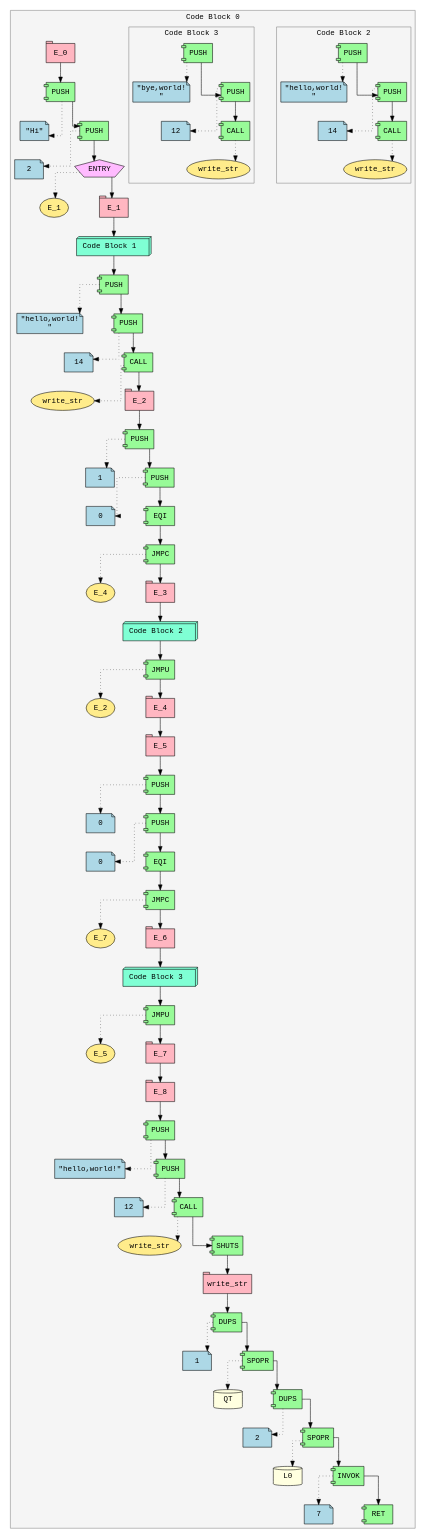
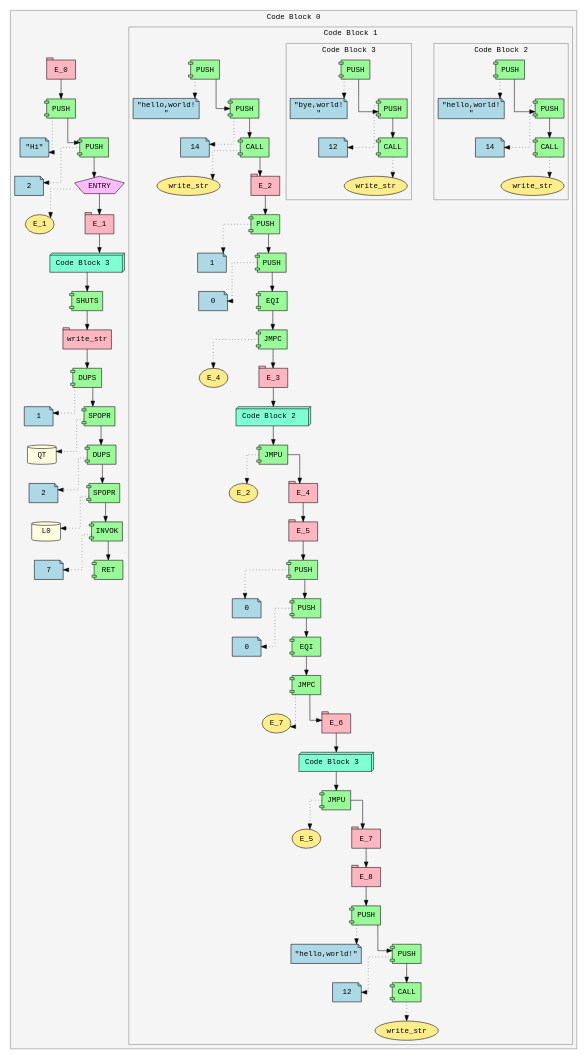
One commit to Soham-Metha/IICT_Segfault_2025 changed the diagram in ir.dot. Above: the diagram before and after it, drawn with Graphviz. The commit also changed 2 other files, not shown here.

```diff
--- a/ir.dot
+++ b/ir.dot
@@ -1,176 +1,175 @@
 digraph ir {
 splines=ortho;
 nodesep=0.8;
 ranksep=0.5;
 subgraph cluster_0 {
 label="Code Block 0 ";
 style=filled;
 color=gray;
 fillcolor=whitesmoke;
 fontname="Courier";
 Expr_1 [shape=tab style=filled fillcolor=lightpink fontname="Courier" label="E_0"]
 Expr_2 [shape=component style=filled fillcolor=palegreen fontname="Courier" label="PUSH"]
 Expr_3 [shape=note style=filled fillcolor=lightblue fontname="Courier" label="\"Hi\""]
 Expr_2 -> Expr_3 [style=dotted]
 Expr_1 -> Expr_2;
 Expr_4 [shape=component style=filled fillcolor=palegreen fontname="Courier" label="PUSH"]
 Expr_5 [shape=note style=filled fillcolor=lightblue fontname="Courier" label="2"]
 Expr_4 -> Expr_5 [style=dotted]
 Expr_2 -> Expr_4;
 Expr_6 [shape=pentagon style=filled fillcolor=plum1 fontname="Courier" label="ENTRY"]
 Expr_7 [shape=ellipse style=filled fillcolor=lightgoldenrod1 fontname="Courier" label="E_1"]
 Expr_6 -> Expr_7 [style=dotted]
 Expr_4 -> Expr_6;
 Expr_8 [shape=tab style=filled fillcolor=lightpink fontname="Courier" label="E_1"]
 Expr_6 -> Expr_8;
 subgraph cluster_9 {
 label="Code Block 1 ";
 style=filled;
 color=gray;
 fillcolor=whitesmoke;
 fontname="Courier";
-}
-Expr_9 [shape=box3d style=filled fillcolor=aquamarine fontname="Courier" label=" Code Block 1  "]
-Expr_8 -> Expr_9;
 Expr_10 [shape=component style=filled fillcolor=palegreen fontname="Courier" label="PUSH"]
 Expr_11 [shape=note style=filled fillcolor=lightblue fontname="Courier" label="\"hello,world!\n\""]
 Expr_10 -> Expr_11 [style=dotted]
-Expr_9 -> Expr_10;
 Expr_12 [shape=component style=filled fillcolor=palegreen fontname="Courier" label="PUSH"]
 Expr_13 [shape=note style=filled fillcolor=lightblue fontname="Courier" label="14"]
 Expr_12 -> Expr_13 [style=dotted]
 Expr_10 -> Expr_12;
 Expr_14 [shape=component style=filled fillcolor=palegreen fontname="Courier" label="CALL"]
 Expr_15 [shape=ellipse style=filled fillcolor=lightgoldenrod1 fontname="Courier" label="write_str"]
 Expr_14 -> Expr_15 [style=dotted]
 Expr_12 -> Expr_14;
 Expr_16 [shape=tab style=filled fillcolor=lightpink fontname="Courier" label="E_2"]
 Expr_14 -> Expr_16;
 Expr_17 [shape=component style=filled fillcolor=palegreen fontname="Courier" label="PUSH"]
 Expr_18 [shape=note style=filled fillcolor=lightblue fontname="Courier" label="1"]
 Expr_17 -> Expr_18 [style=dotted]
 Expr_16 -> Expr_17;
 Expr_19 [shape=component style=filled fillcolor=palegreen fontname="Courier" label="PUSH"]
 Expr_20 [shape=note style=filled fillcolor=lightblue fontname="Courier" label="0"]
 Expr_19 -> Expr_20 [style=dotted]
 Expr_17 -> Expr_19;
 Expr_21 [shape=component style=filled fillcolor=palegreen fontname="Courier" label="EQI"]
 Expr_19 -> Expr_21;
 Expr_22 [shape=component style=filled fillcolor=palegreen fontname="Courier" label="JMPC"]
 Expr_23 [shape=ellipse style=filled fillcolor=lightgoldenrod1 fontname="Courier" label="E_4"]
 Expr_22 -> Expr_23 [style=dotted]
 Expr_21 -> Expr_22;
 Expr_24 [shape=tab style=filled fillcolor=lightpink fontname="Courier" label="E_3"]
 Expr_22 -> Expr_24;
 subgraph cluster_25 {
 label="Code Block 2 ";
 style=filled;
 color=gray;
 fillcolor=whitesmoke;
 fontname="Courier";
 Expr_26 [shape=component style=filled fillcolor=palegreen fontname="Courier" label="PUSH"]
 Expr_27 [shape=note style=filled fillcolor=lightblue fontname="Courier" label="\"hello,world!\n\""]
 Expr_26 -> Expr_27 [style=dotted]
 Expr_28 [shape=component style=filled fillcolor=palegreen fontname="Courier" label="PUSH"]
 Expr_29 [shape=note style=filled fillcolor=lightblue fontname="Courier" label="14"]
 Expr_28 -> Expr_29 [style=dotted]
 Expr_26 -> Expr_28;
 Expr_30 [shape=component style=filled fillcolor=palegreen fontname="Courier" label="CALL"]
 Expr_31 [shape=ellipse style=filled fillcolor=lightgoldenrod1 fontname="Courier" label="write_str"]
 Expr_30 -> Expr_31 [style=dotted]
 Expr_28 -> Expr_30;
 }
 Expr_25 [shape=box3d style=filled fillcolor=aquamarine fontname="Courier" label=" Code Block 2  "]
 Expr_24 -> Expr_25;
 Expr_32 [shape=component style=filled fillcolor=palegreen fontname="Courier" label="JMPU"]
 Expr_33 [shape=ellipse style=filled fillcolor=lightgoldenrod1 fontname="Courier" label="E_2"]
 Expr_32 -> Expr_33 [style=dotted]
 Expr_25 -> Expr_32;
 Expr_34 [shape=tab style=filled fillcolor=lightpink fontname="Courier" label="E_4"]
 Expr_32 -> Expr_34;
 Expr_35 [shape=tab style=filled fillcolor=lightpink fontname="Courier" label="E_5"]
 Expr_34 -> Expr_35;
 Expr_36 [shape=component style=filled fillcolor=palegreen fontname="Courier" label="PUSH"]
 Expr_37 [shape=note style=filled fillcolor=lightblue fontname="Courier" label="0"]
 Expr_36 -> Expr_37 [style=dotted]
 Expr_35 -> Expr_36;
 Expr_38 [shape=component style=filled fillcolor=palegreen fontname="Courier" label="PUSH"]
 Expr_39 [shape=note style=filled fillcolor=lightblue fontname="Courier" label="0"]
 Expr_38 -> Expr_39 [style=dotted]
 Expr_36 -> Expr_38;
 Expr_40 [shape=component style=filled fillcolor=palegreen fontname="Courier" label="EQI"]
 Expr_38 -> Expr_40;
 Expr_41 [shape=component style=filled fillcolor=palegreen fontname="Courier" label="JMPC"]
 Expr_42 [shape=ellipse style=filled fillcolor=lightgoldenrod1 fontname="Courier" label="E_7"]
 Expr_41 -> Expr_42 [style=dotted]
 Expr_40 -> Expr_41;
 Expr_43 [shape=tab style=filled fillcolor=lightpink fontname="Courier" label="E_6"]
 Expr_41 -> Expr_43;
 subgraph cluster_44 {
 label="Code Block 3 ";
 style=filled;
 color=gray;
 fillcolor=whitesmoke;
 fontname="Courier";
 Expr_45 [shape=component style=filled fillcolor=palegreen fontname="Courier" label="PUSH"]
 Expr_46 [shape=note style=filled fillcolor=lightblue fontname="Courier" label="\"bye,world!\n\""]
 Expr_45 -> Expr_46 [style=dotted]
 Expr_47 [shape=component style=filled fillcolor=palegreen fontname="Courier" label="PUSH"]
 Expr_48 [shape=note style=filled fillcolor=lightblue fontname="Courier" label="12"]
 Expr_47 -> Expr_48 [style=dotted]
 Expr_45 -> Expr_47;
 Expr_49 [shape=component style=filled fillcolor=palegreen fontname="Courier" label="CALL"]
 Expr_50 [shape=ellipse style=filled fillcolor=lightgoldenrod1 fontname="Courier" label="write_str"]
 Expr_49 -> Expr_50 [style=dotted]
 Expr_47 -> Expr_49;
 }
 Expr_44 [shape=box3d style=filled fillcolor=aquamarine fontname="Courier" label=" Code Block 3  "]
 Expr_43 -> Expr_44;
 Expr_51 [shape=component style=filled fillcolor=palegreen fontname="Courier" label="JMPU"]
 Expr_52 [shape=ellipse style=filled fillcolor=lightgoldenrod1 fontname="Courier" label="E_5"]
 Expr_51 -> Expr_52 [style=dotted]
 Expr_44 -> Expr_51;
 Expr_53 [shape=tab style=filled fillcolor=lightpink fontname="Courier" label="E_7"]
 Expr_51 -> Expr_53;
 Expr_54 [shape=tab style=filled fillcolor=lightpink fontname="Courier" label="E_8"]
 Expr_53 -> Expr_54;
 Expr_55 [shape=component style=filled fillcolor=palegreen fontname="Courier" label="PUSH"]
 Expr_56 [shape=note style=filled fillcolor=lightblue fontname="Courier" label="\"hello,world!\""]
 Expr_55 -> Expr_56 [style=dotted]
 Expr_54 -> Expr_55;
 Expr_57 [shape=component style=filled fillcolor=palegreen fontname="Courier" label="PUSH"]
 Expr_58 [shape=note style=filled fillcolor=lightblue fontname="Courier" label="12"]
 Expr_57 -> Expr_58 [style=dotted]
 Expr_55 -> Expr_57;
 Expr_59 [shape=component style=filled fillcolor=palegreen fontname="Courier" label="CALL"]
 Expr_60 [shape=ellipse style=filled fillcolor=lightgoldenrod1 fontname="Courier" label="write_str"]
 Expr_59 -> Expr_60 [style=dotted]
 Expr_57 -> Expr_59;
+}
+Expr_9 [shape=box3d style=filled fillcolor=aquamarine fontname="Courier" label=" Code Block 3  "]
+Expr_8 -> Expr_9;
 Expr_61 [shape=component style=filled fillcolor=palegreen fontname="Courier" label="SHUTS"]
-Expr_59 -> Expr_61;
+Expr_9 -> Expr_61;
 Expr_62 [shape=tab style=filled fillcolor=lightpink fontname="Courier" label="write_str"]
 Expr_61 -> Expr_62;
 Expr_63 [shape=component style=filled fillcolor=palegreen fontname="Courier" label="DUPS"]
 Expr_64 [shape=note style=filled fillcolor=lightblue fontname="Courier" label="1"]
 Expr_63 -> Expr_64 [style=dotted]
 Expr_62 -> Expr_63;
 Expr_65 [shape=component style=filled fillcolor=palegreen fontname="Courier" label="SPOPR"]
 Expr_66 [shape=cylinder style=filled fillcolor=lightyellow fontname="Courier" label="QT"]
 Expr_65 -> Expr_66 [style=dotted]
 Expr_63 -> Expr_65;
 Expr_67 [shape=component style=filled fillcolor=palegreen fontname="Courier" label="DUPS"]
 Expr_68 [shape=note style=filled fillcolor=lightblue fontname="Courier" label="2"]
 Expr_67 -> Expr_68 [style=dotted]
 Expr_65 -> Expr_67;
 Expr_69 [shape=component style=filled fillcolor=palegreen fontname="Courier" label="SPOPR"]
 Expr_70 [shape=cylinder style=filled fillcolor=lightyellow fontname="Courier" label="L0"]
 Expr_69 -> Expr_70 [style=dotted]
 Expr_67 -> Expr_69;
 Expr_71 [shape=component style=filled fillcolor=palegreen fontname="Courier" label="INVOK"]
 Expr_72 [shape=note style=filled fillcolor=lightblue fontname="Courier" label="7"]
 Expr_71 -> Expr_72 [style=dotted]
 Expr_69 -> Expr_71;
 Expr_73 [shape=component style=filled fillcolor=palegreen fontname="Courier" label="RET"]
 Expr_71 -> Expr_73;
 }
 }
```
